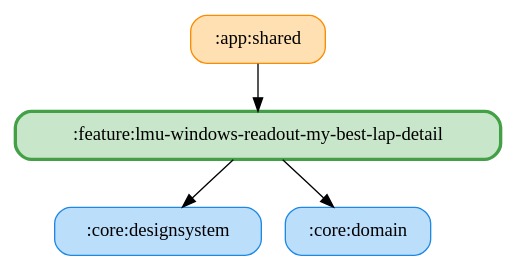
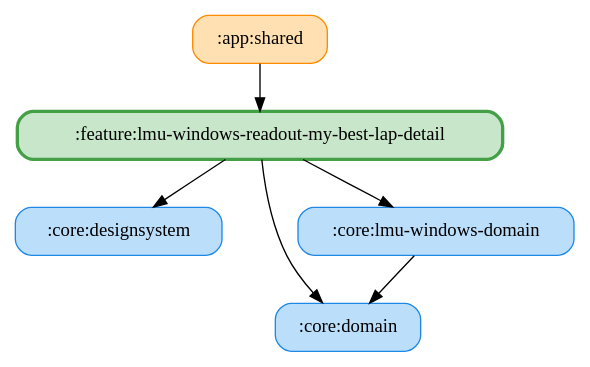
One commit to ai-kurou/KoDriver changed the diagram in docs/graphs/feature-lmu-windows-readout-my-best-lap-detail.gv. Above: the diagram before and after it, drawn with Graphviz. The commit also changed 55 other files, not shown here.

Commit message:
chore: update module graph images

```diff
--- a/docs/graphs/feature-lmu-windows-readout-my-best-lap-detail.gv
+++ b/docs/graphs/feature-lmu-windows-readout-my-best-lap-detail.gv
@@ -1,11 +1,14 @@
 digraph G {
   rankdir=TB
   node [shape=box, style="rounded,filled"]
   ":app:shared" [fillcolor="#FFE0B2", color="#FB8C00", penwidth=1]
   ":core:designsystem" [fillcolor="#BBDEFB", color="#1E88E5", penwidth=1]
   ":core:domain" [fillcolor="#BBDEFB", color="#1E88E5", penwidth=1]
+  ":core:lmu-windows-domain" [fillcolor="#BBDEFB", color="#1E88E5", penwidth=1]
   ":feature:lmu-windows-readout-my-best-lap-detail" [fillcolor="#C8E6C9", color="#43A047", penwidth=2.5]
   ":app:shared" -> ":feature:lmu-windows-readout-my-best-lap-detail"
+  ":core:lmu-windows-domain" -> ":core:domain"
   ":feature:lmu-windows-readout-my-best-lap-detail" -> ":core:domain"
+  ":feature:lmu-windows-readout-my-best-lap-detail" -> ":core:lmu-windows-domain"
   ":feature:lmu-windows-readout-my-best-lap-detail" -> ":core:designsystem"
 }
```
